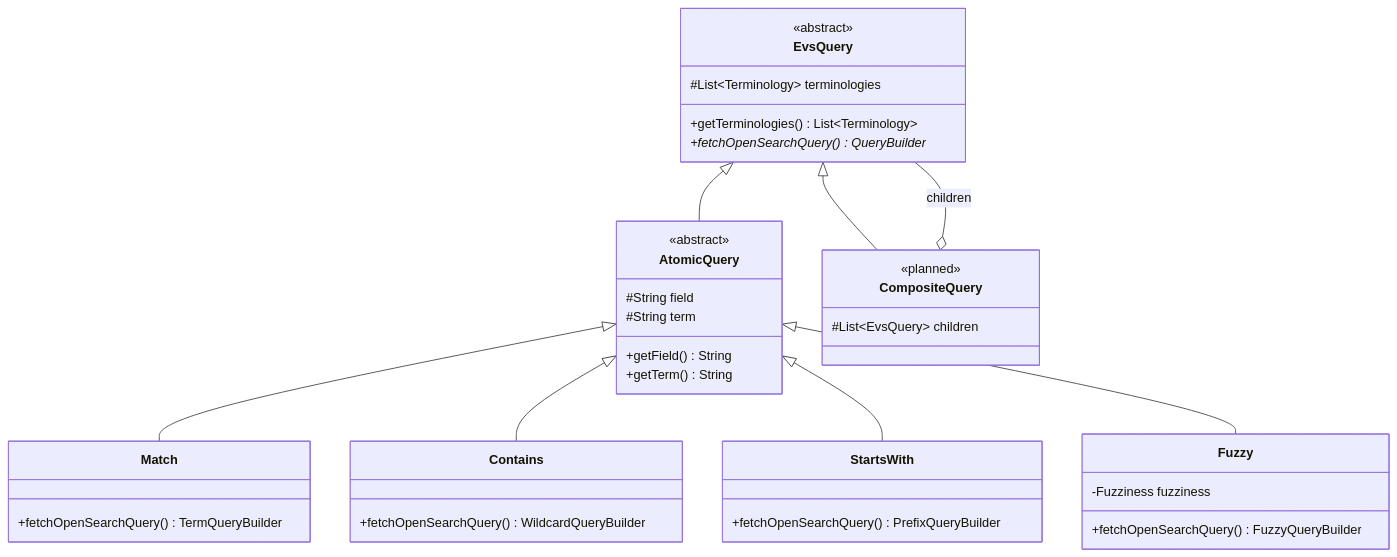
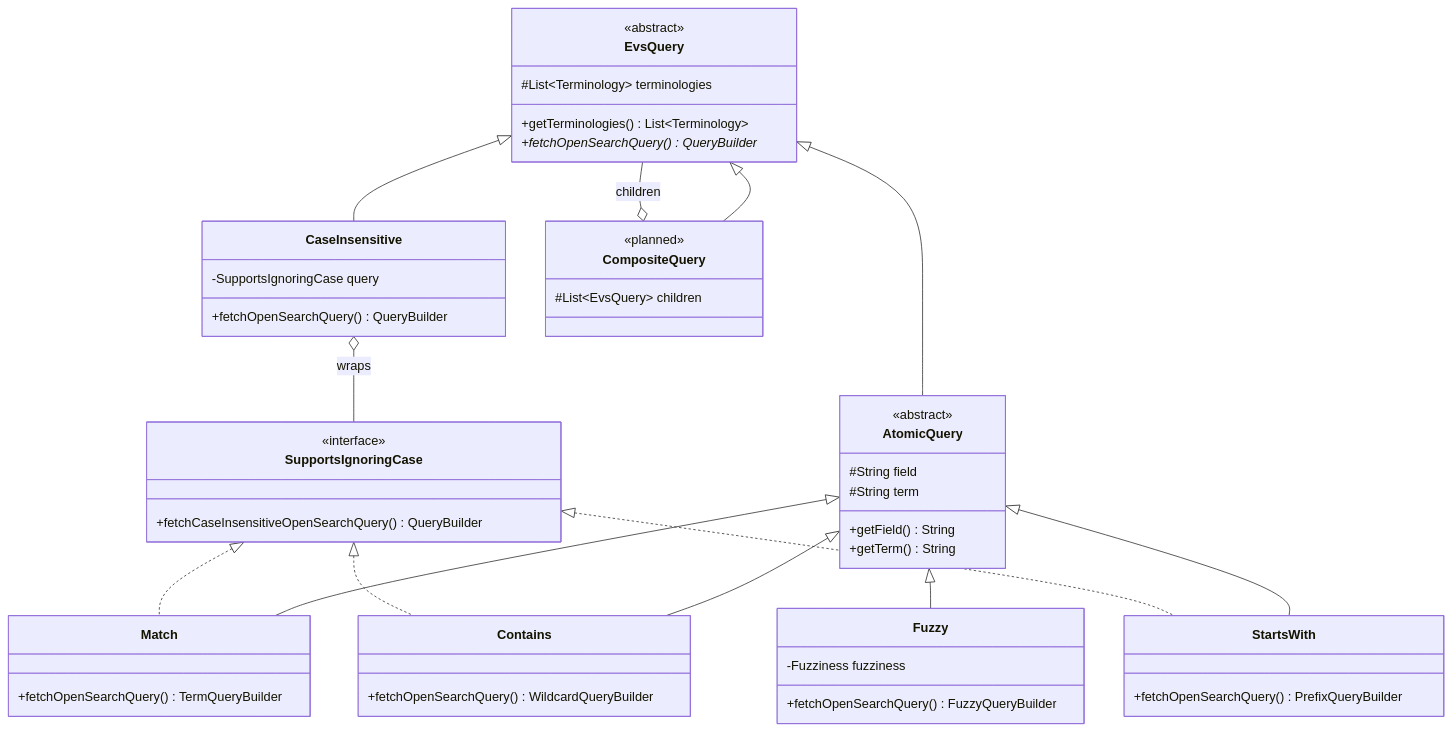
One commit to WestCoastInformatics/evsrestapi changed the diagram in src/main/java/gov/nih/nci/evs/api/query/README.md. Above: the diagram before and after it, drawn with Mermaid. The commit also changed other lines of this file and 6 other files, not shown here.

````diff
--- a/src/main/java/gov/nih/nci/evs/api/query/README.md
+++ b/src/main/java/gov/nih/nci/evs/api/query/README.md
@@ -20,46 +20,61 @@
 ```mermaid
 classDiagram
     direction TB
 
     class EvsQuery {
         <<abstract>>
         #List~Terminology~ terminologies
         +getTerminologies() List~Terminology~
         +fetchOpenSearchQuery()* QueryBuilder
     }
 
     class AtomicQuery {
         <<abstract>>
         #String field
         #String term
         +getField() String
         +getTerm() String
+    }
+
+    class SupportsIgnoringCase {
+        <<interface>>
+        +fetchCaseInsensitiveOpenSearchQuery() QueryBuilder
+    }
+
+    class CaseInsensitive {
+        -SupportsIgnoringCase query
+        +fetchOpenSearchQuery() QueryBuilder
     }
 
     class Match {
         +fetchOpenSearchQuery() TermQueryBuilder
     }
     class Contains {
         +fetchOpenSearchQuery() WildcardQueryBuilder
     }
     class StartsWith {
         +fetchOpenSearchQuery() PrefixQueryBuilder
     }
     class Fuzzy {
         -Fuzziness fuzziness
         +fetchOpenSearchQuery() FuzzyQueryBuilder
     }
 
     class CompositeQuery {
         <<planned>>
         #List~EvsQuery~ children
     }
 
     EvsQuery <|-- AtomicQuery
     EvsQuery <|-- CompositeQuery
+    EvsQuery <|-- CaseInsensitive
     AtomicQuery <|-- Match
     AtomicQuery <|-- Contains
     AtomicQuery <|-- StartsWith
     AtomicQuery <|-- Fuzzy
+    SupportsIgnoringCase <|.. Match
+    SupportsIgnoringCase <|.. Contains
+    SupportsIgnoringCase <|.. StartsWith
     CompositeQuery o-- EvsQuery : children
+    CaseInsensitive o-- SupportsIgnoringCase : wraps
 ```
````
